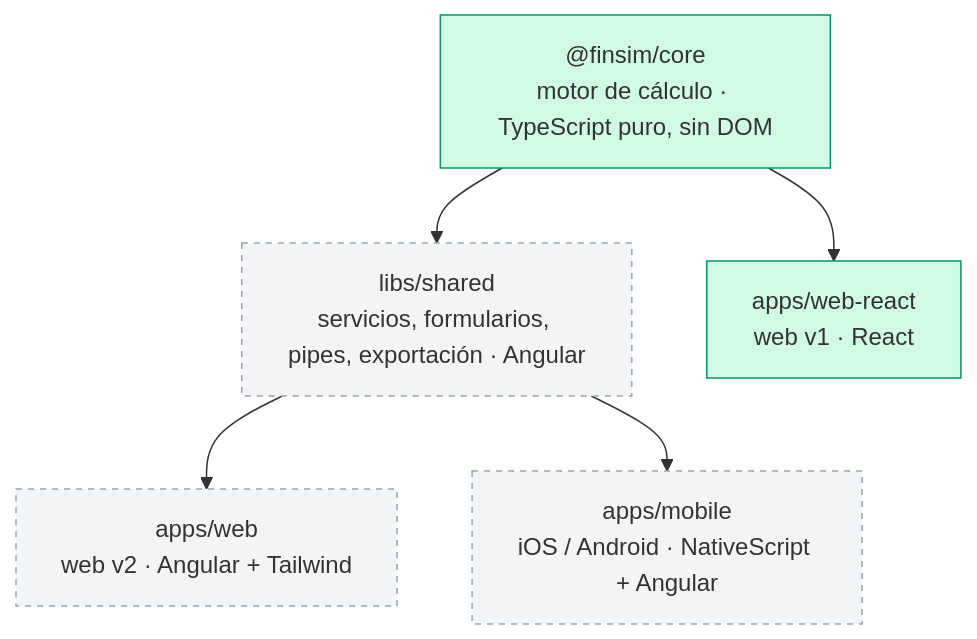
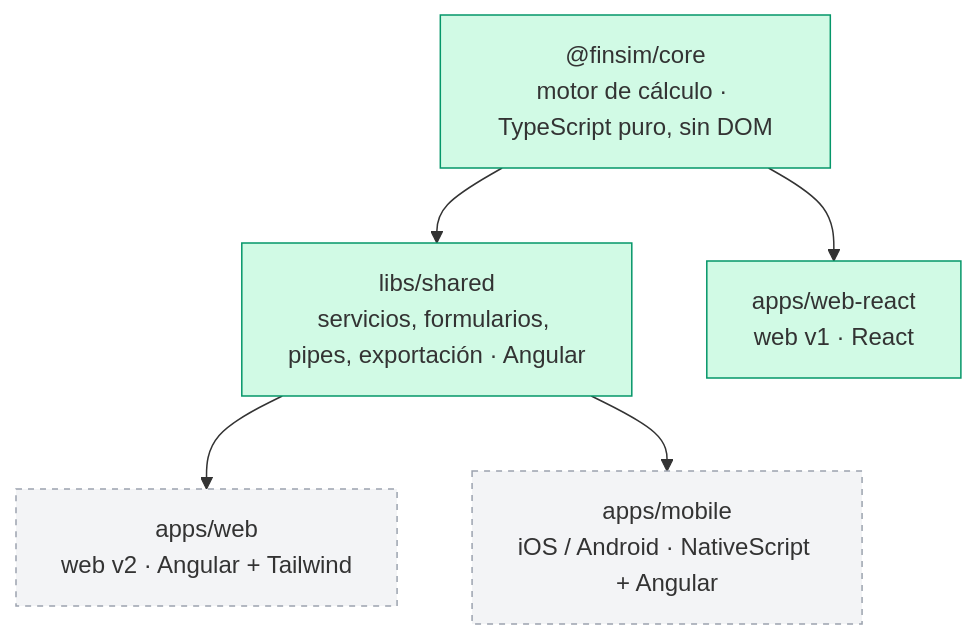
One commit to etenorio87/finsim changed the diagram in README.md. Above: the diagram before and after it, drawn with Mermaid. The commit also changed other lines of this file and 8 other files, not shown here.

````diff
--- a/README.md
+++ b/README.md
@@ -37,18 +37,18 @@
 ```mermaid
 flowchart TD
     core["@finsim/core<br/>motor de cálculo · TypeScript puro, sin DOM"]
     shared["libs/shared<br/>servicios, formularios, pipes, exportación · Angular"]
     react["apps/web-react<br/>web v1 · React"]
     web["apps/web<br/>web v2 · Angular + Tailwind"]
     mobile["apps/mobile<br/>iOS / Android · NativeScript + Angular"]
 
     core --> react
     core --> shared
     shared --> web
     shared --> mobile
 
     classDef actual fill:#d1fae5,stroke:#059669
     classDef previsto fill:#f3f4f6,stroke:#9ca3af,stroke-dasharray:4
-    class core,react actual
-    class shared,web,mobile previsto
+    class core,react,shared actual
+    class web,mobile previsto
 ```
````
